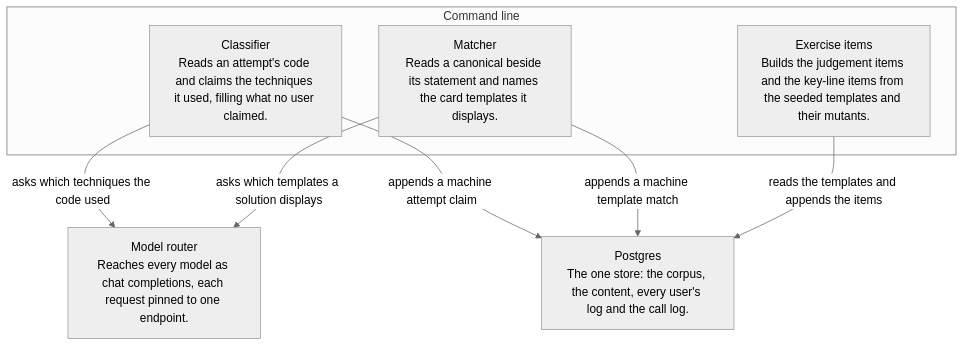
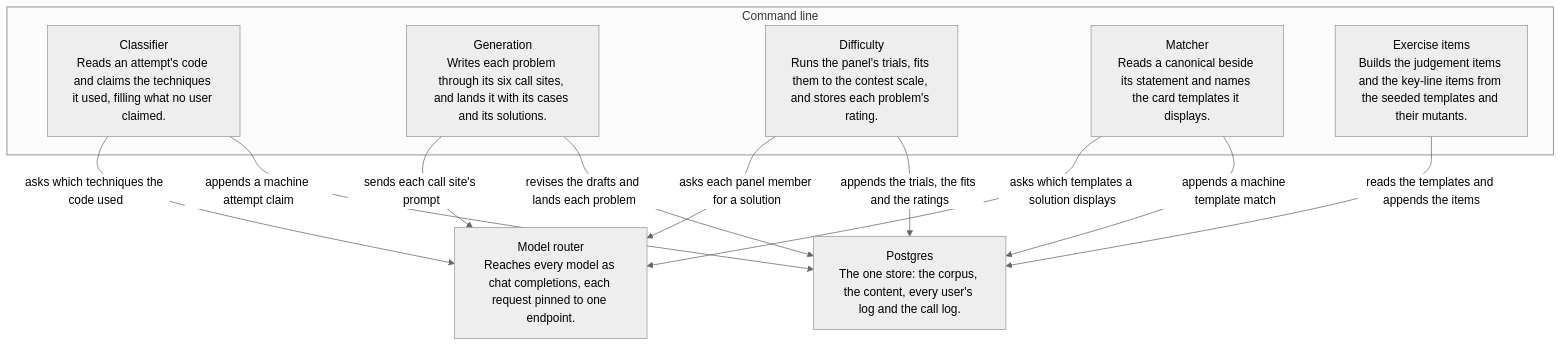
Before and after one commit to climbance/climbance: the fourth of 4 diagrams in docs/architecture/README.md, drawn with Mermaid (neutral theme). The commit also changed other lines of this file and 65 other files, not shown here.

First line of the commit message:
docs(architecture): split corpus.md by element

````diff
--- a/docs/architecture/README.md
+++ b/docs/architecture/README.md
@@ -144,15 +144,21 @@
 ```mermaid
 flowchart TB
     model_router["Model router<br/>Reaches every model as chat completions, each request pinned to one endpoint."]
     database["Postgres<br/>The one store: the corpus, the content, every user's log and the call log."]
     subgraph cli["Command line"]
         classifier["Classifier<br/>Reads an attempt's code and claims the techniques it used, filling what no user claimed."]
+        generation["Generation<br/>Writes each problem through its six call sites, and lands it with its cases and its solutions."]
+        difficulty["Difficulty<br/>Runs the panel's trials, fits them to the contest scale, and stores each problem's rating."]
         matcher["Matcher<br/>Reads a canonical beside its statement and names the card templates it displays."]
         exercise_items["Exercise items<br/>Builds the judgement items and the key-line items from the seeded templates and their mutants."]
     end
     classifier -->|"asks which techniques the code used"| model_router
     classifier -->|"appends a machine attempt claim"| database
     matcher -->|"asks which templates a solution displays"| model_router
     matcher -->|"appends a machine template match"| database
     exercise_items -->|"reads the templates and appends the items"| database
+    generation -->|"sends each call site's prompt"| model_router
+    generation -->|"revises the drafts and lands each problem"| database
+    difficulty -->|"asks each panel member for a solution"| model_router
+    difficulty -->|"appends the trials, the fits and the ratings"| database
 ```
````
